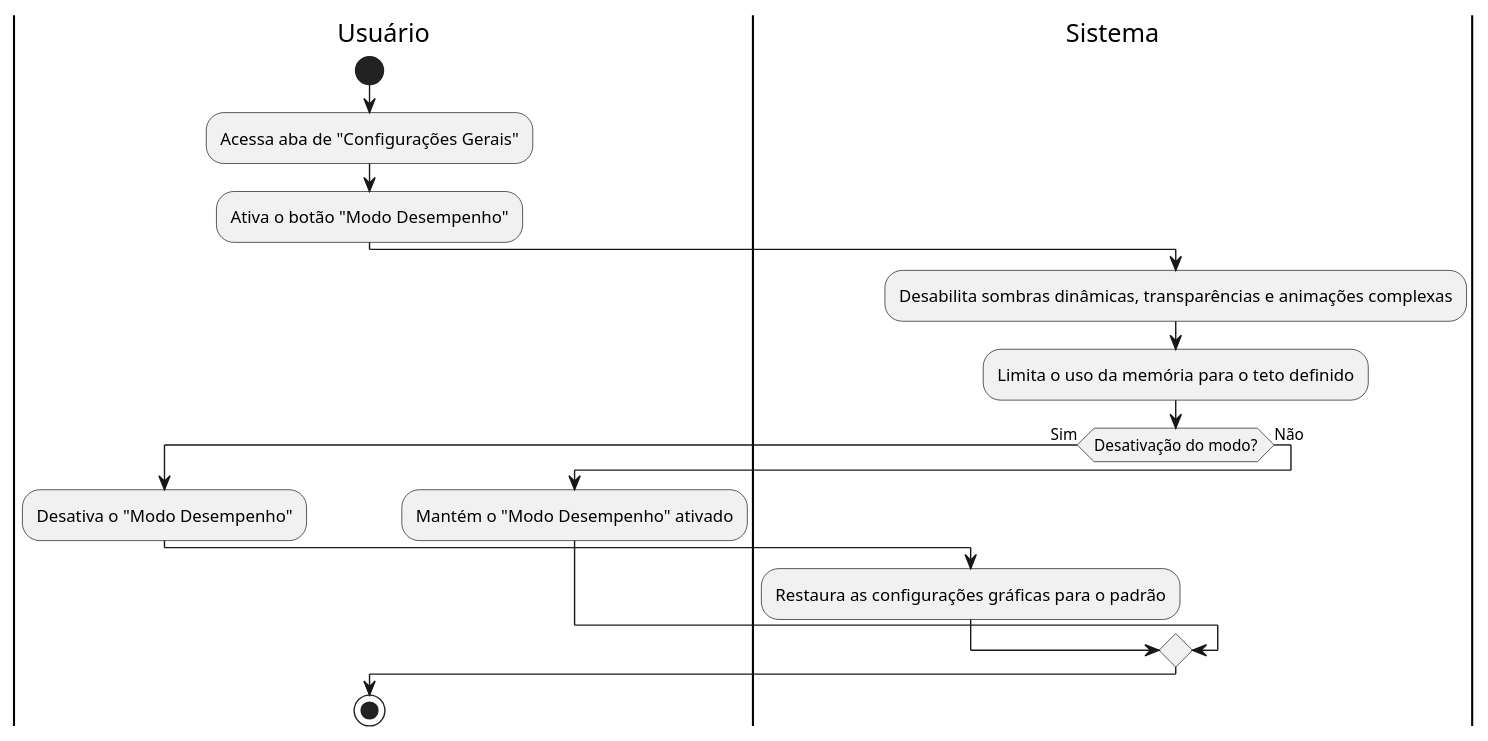
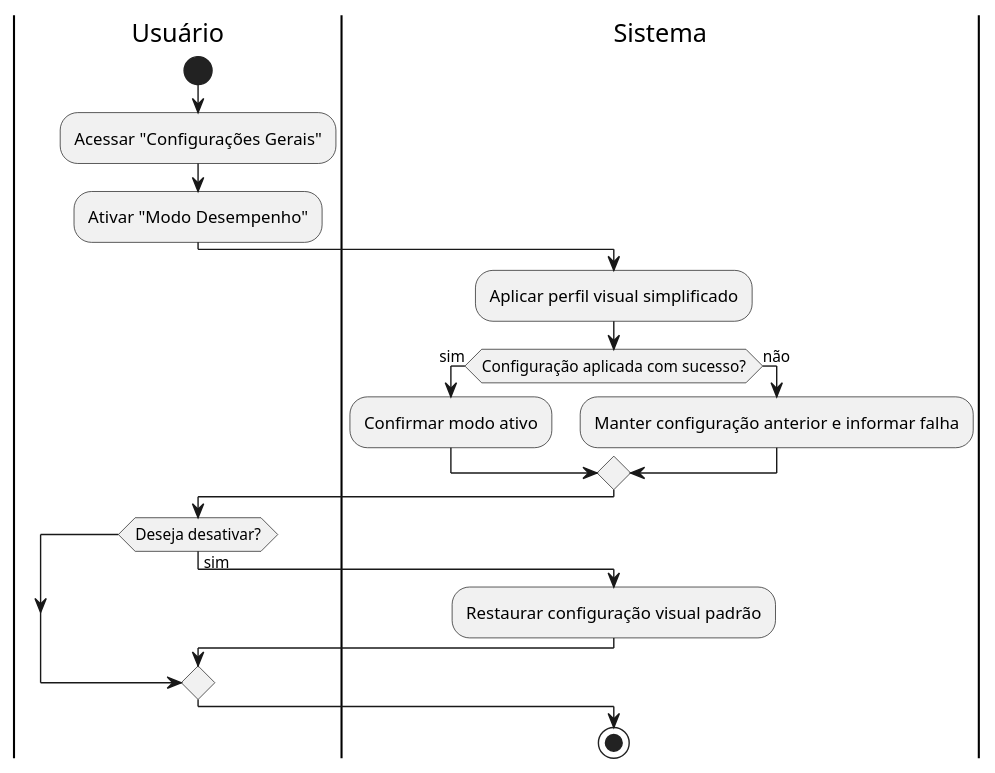
The diagram in docs/casosUso/uml/diagramas_atividade/diagrama_atividade_UC15.puml (aspiringluke/Projeto-Integrado-Mobile), drawn with PlantUML before and after one commit. The commit also changed 17 other files, not shown here.

```diff
--- a/docs/casosUso/uml/diagramas_atividade/diagrama_atividade_UC15.puml
+++ b/docs/casosUso/uml/diagramas_atividade/diagrama_atividade_UC15.puml
@@ -1,24 +1,24 @@
 @startuml diagrama_UC15
 
 |Usuário|
 start
-:Acessa aba de "Configurações Gerais";
-:Ativa o botão "Modo Desempenho";
+:Acessar "Configurações Gerais";
+:Ativar "Modo Desempenho";
 
 |Sistema|
-:Desabilita sombras dinâmicas, transparências e animações complexas;
-:Limita o uso da memória para o teto definido;
+:Aplicar perfil visual simplificado;
 
-if (Desativação do modo?) then (Sim)
-  |Usuário|
-  :Desativa o "Modo Desempenho";
-  
+if (Configuração aplicada com sucesso?) then (sim)
+  :Confirmar modo ativo;
+else (não)
+  :Manter configuração anterior e informar falha;
+endif
+
+|Usuário|
+if (Deseja desativar?) then (sim)
   |Sistema|
-  :Restaura as configurações gráficas para o padrão;
-else (Não)
-    |Usuário|
-    :Mantém o "Modo Desempenho" ativado;
+  :Restaurar configuração visual padrão;
 endif
 
 stop
 @enduml
```
